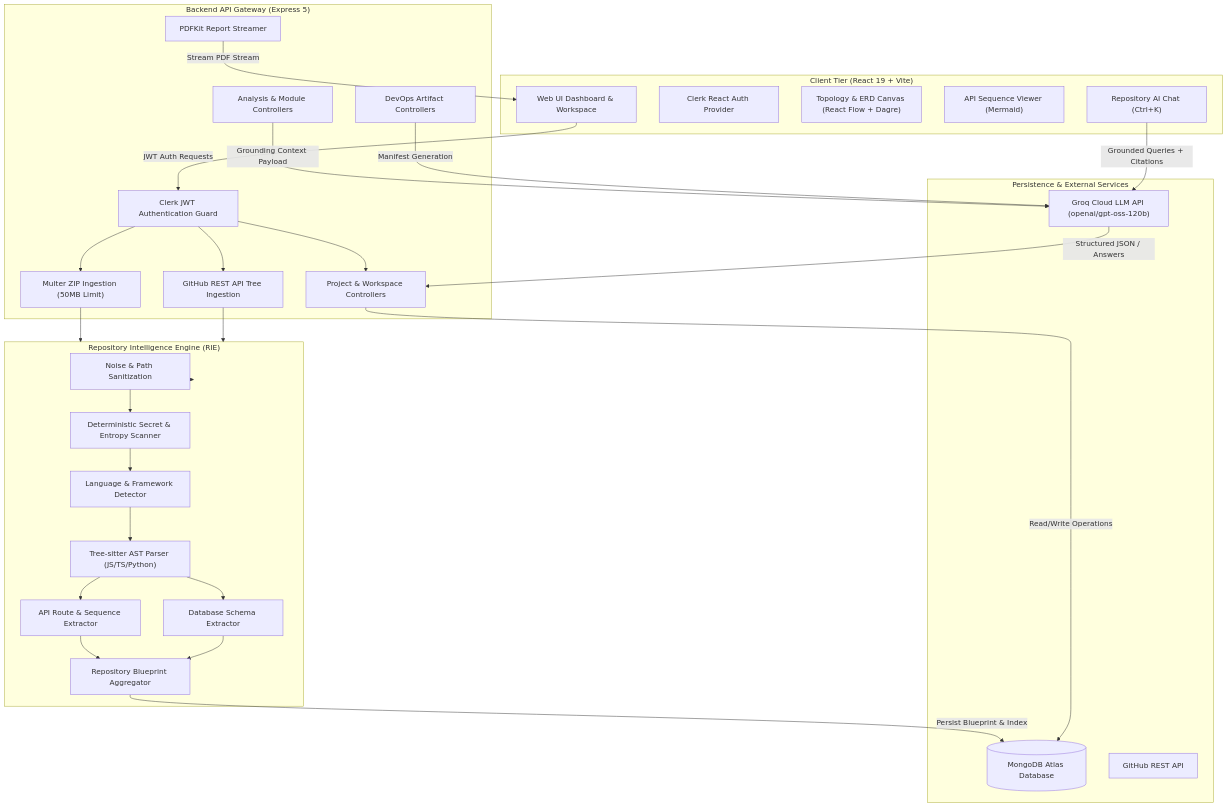
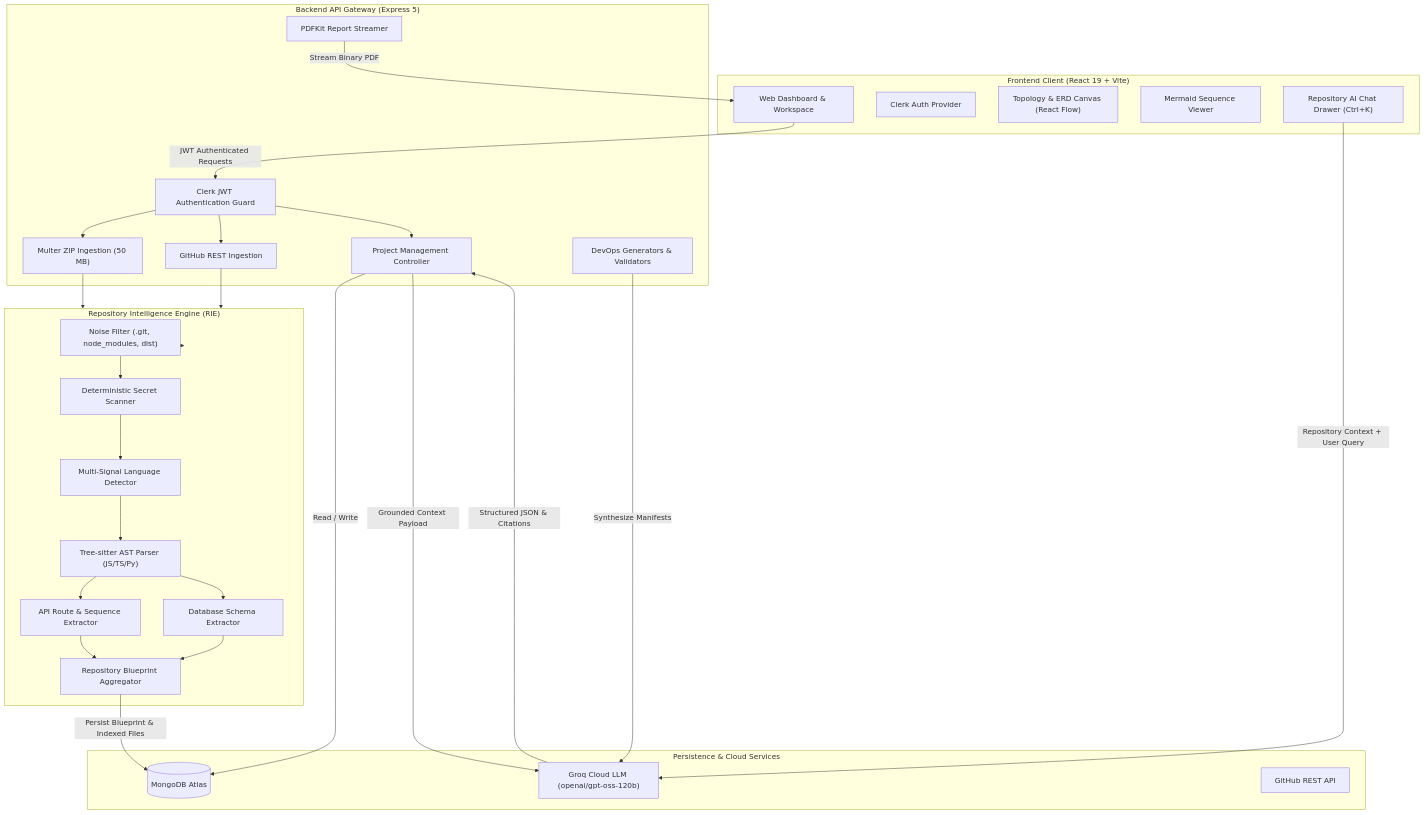
One commit to Subham-0725/ArchMind-AI changed the first of 2 diagrams in README.md. Above: the diagram before and after it, drawn with Mermaid. The commit also changed other lines of this file, not shown here.

````diff
--- a/README.md
+++ b/README.md
@@ -161,63 +167,62 @@
 ```mermaid
 flowchart TD
-    subgraph Client["Client Tier (React 19 + Vite)"]
-        UI["Web UI Dashboard & Workspace"]
-        AuthClerk["Clerk React Auth Provider"]
-        ReactFlowView["Topology & ERD Canvas (React Flow + Dagre)"]
-        MermaidView["API Sequence Viewer (Mermaid)"]
-        ChatDrawer["Repository AI Chat (Ctrl+K)"]
+    subgraph Client["Frontend Client (React 19 + Vite)"]
+        UI["Web Dashboard & Workspace"]
+        AuthClient["Clerk Auth Provider"]
+        ReactFlowView["Topology & ERD Canvas (React Flow)"]
+        SeqViewer["Mermaid Sequence Viewer"]
+        ChatDrawer["Repository AI Chat Drawer (Ctrl+K)"]
     end
 
-    subgraph API["Backend API Gateway (Express 5)"]
+    subgraph Server["Backend API Gateway (Express 5)"]
         ClerkAuth["Clerk JWT Authentication Guard"]
-        UploadHandler["Multer ZIP Ingestion (50MB Limit)"]
-        GHHandler["GitHub REST API Tree Ingestion"]
-        ProjectRouter["Project & Workspace Controllers"]
-        AnalysisRouter["Analysis & Module Controllers"]
-        DevOpsRouter["DevOps Artifact Controllers"]
-        ReportRouter["PDFKit Report Streamer"]
+        UploadCtrl["Multer ZIP Ingestion (50 MB)"]
+        GHCtrl["GitHub REST Ingestion"]
+        ProjectCtrl["Project Management Controller"]
+        DevOpsCtrl["DevOps Generators & Validators"]
+        PDFCtrl["PDFKit Report Streamer"]
     end
 
     subgraph RIE["Repository Intelligence Engine (RIE)"]
-        NoiseFilter["Noise & Path Sanitization"]
-        SecretScan["Deterministic Secret & Entropy Scanner"]
-        LangDetect["Language & Framework Detector"]
-        TreeSitter["Tree-sitter AST Parser (JS/TS/Python)"]
-        ApiExtract["API Route & Sequence Extractor"]
-        DbExtract["Database Schema Extractor"]
+        Noise["Noise Filter (.git, node_modules, dist)"]
+        SecretScan["Deterministic Secret Scanner"]
+        LangDetector["Multi-Signal Language Detector"]
+        TreeSitter["Tree-sitter AST Parser (JS/TS/Py)"]
+        ApiScanner["API Route & Sequence Extractor"]
+        DbScanner["Database Schema Extractor"]
         BlueprintAgg["Repository Blueprint Aggregator"]
     end
 
-    subgraph Storage["Persistence & External Services"]
-        MongoDB[("MongoDB Atlas Database")]
-        GroqAPI["Groq Cloud LLM API (openai/gpt-oss-120b)"]
+    subgraph External["Persistence & Cloud Services"]
+        MongoDB[("MongoDB Atlas")]
+        GroqAPI["Groq Cloud LLM (openai/gpt-oss-120b)"]
         GitHubAPI["GitHub REST API"]
     end
 
-    UI -->|JWT Auth Requests| ClerkAuth
-    ClerkAuth --> UploadHandler
-    ClerkAuth --> GHHandler
-    ClerkAuth --> ProjectRouter
+    UI -->|JWT Authenticated Requests| ClerkAuth
+    ClerkAuth --> UploadCtrl
+    ClerkAuth --> GHCtrl
+    ClerkAuth --> ProjectCtrl
 
-    UploadHandler --> RIE
-    GHHandler --> RIE
+    UploadCtrl --> RIE
+    GHCtrl --> RIE
 
-    RIE --> NoiseFilter
-    NoiseFilter --> SecretScan
-    SecretScan --> LangDetect
-    LangDetect --> TreeSitter
-    TreeSitter --> ApiExtract
-    TreeSitter --> DbExtract
-    ApiExtract --> BlueprintAgg
-    DbExtract --> BlueprintAgg
+    RIE --> Noise
+    Noise --> SecretScan
+    SecretScan --> LangDetector
+    LangDetector --> TreeSitter
+    TreeSitter --> ApiScanner
+    TreeSitter --> DbScanner
+    ApiScanner --> BlueprintAgg
+    DbScanner --> BlueprintAgg
 
-    BlueprintAgg -->|Persist Blueprint & Index| MongoDB
-    ProjectRouter -->|Read/Write Operations| MongoDB
+    BlueprintAgg -->|Persist Blueprint & Indexed Files| MongoDB
+    ProjectCtrl -->|Read / Write| MongoDB
 
-    AnalysisRouter -->|Grounding Context Payload| GroqAPI
-    DevOpsRouter -->|Manifest Generation| GroqAPI
-    ChatDrawer -->|Grounded Queries + Citations| GroqAPI
+    ProjectCtrl -->|Grounded Context Payload| GroqAPI
+    DevOpsCtrl -->|Synthesize Manifests| GroqAPI
+    ChatDrawer -->|Repository Context + User Query| GroqAPI
 
-    ReportRouter -->|Stream PDF Stream| UI
-    GroqAPI -->|Structured JSON / Answers| ProjectRouter
+    PDFCtrl -->|Stream Binary PDF| UI
+    GroqAPI -->|Structured JSON & Citations| ProjectCtrl
 ```
````
